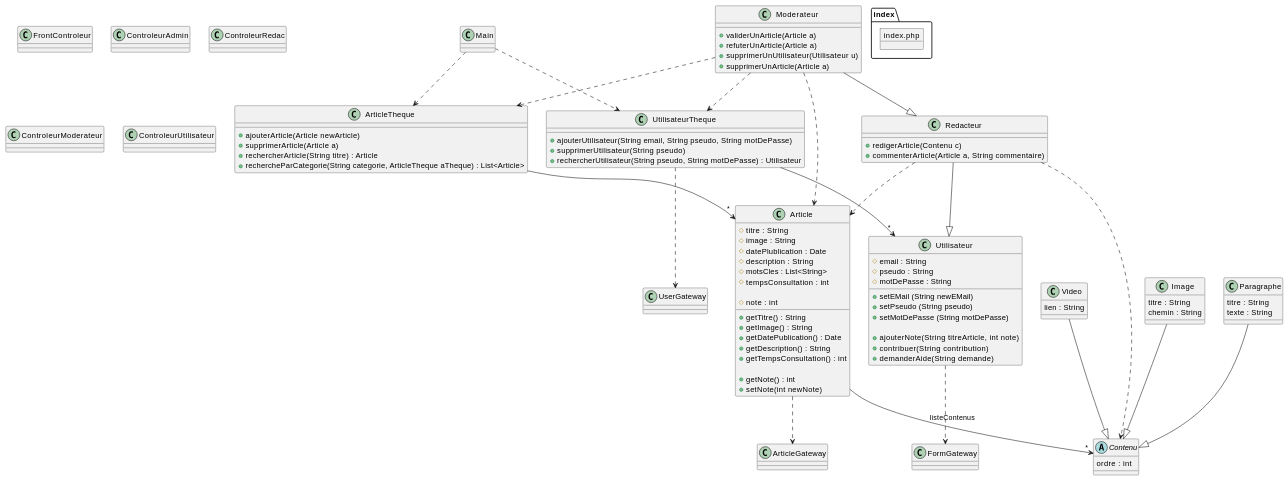
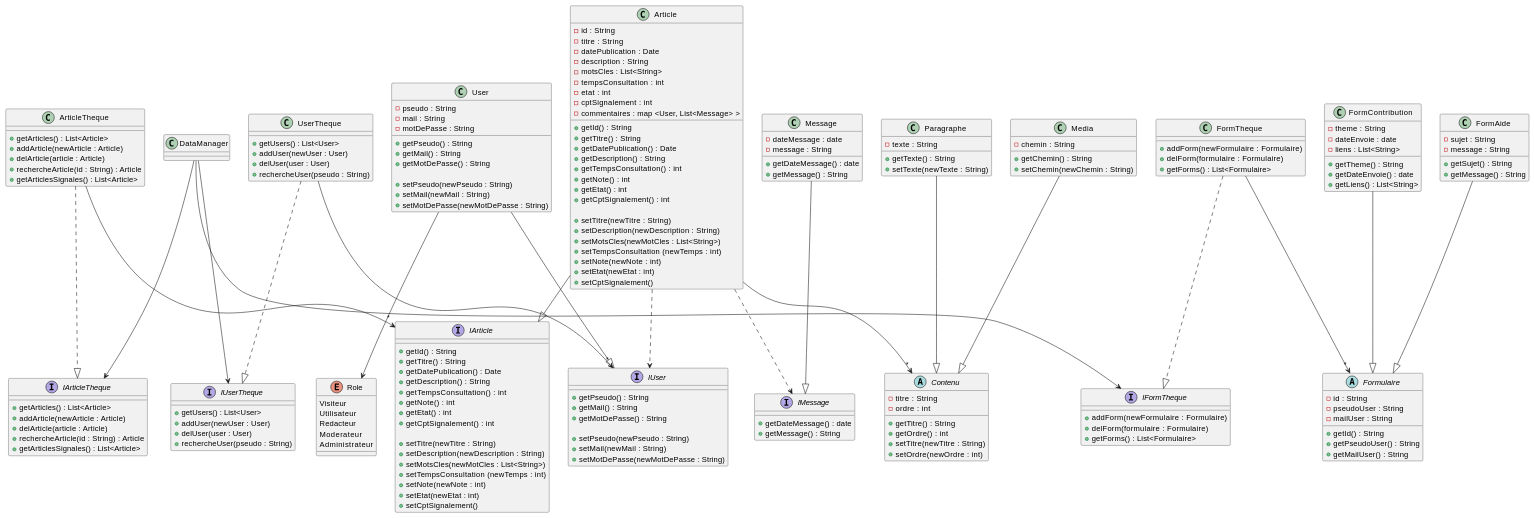
One commit to tonyfgs/Verax changed the diagram in Diagramme/diag2.md. Above: the diagram before and after it, drawn with PlantUML. The commit also changed other lines of this file and 1 other file, not shown here.

Commit message:
Modification du diagramme de classe, j'ai essayé de faire MVC, a voir ce que demande BOUHOURS

````diff
--- a/Diagramme/diag2.md
+++ b/Diagramme/diag2.md
@@ -5,139 +2,209 @@
 ```plantuml
 @startuml
-object index.php
 
-class FrontControleur{
+class ArticleTheque{
 
+    + getArticles() : List<Article>
+    + addArticle(newArticle : Article)
+    + delArticle(article : Article)
+    + rechercheArticle(id : String) : Article
+    + getArticlesSignales() : List<Article>
 }
+interface IArticleTheque{
+    + getArticles() : List<Article>
+    + addArticle(newArticle : Article)
+    + delArticle(article : Article)
+    + rechercheArticle(id : String) : Article
+    + getArticlesSignales() : List<Article>
+}
+class Article{
+    - id : String
+    - titre : String
+    - datePublication : Date
+    - description : String
+    - motsCles : List<String>
+    - tempsConsultation : int
+    - etat : int
+    - cptSignalement : int
+    - commentaires : map <User, List<Message> > 
 
-class ControleurAdmin{
-
-}
-
-class ControleurRedac{
-
-}
-
-class ControleurModerateur{
-
-}
-
-class ControleurUtilisateur{
-
-}
-
-
-
-class Main{
-
-}
-
-class Article{
-    # titre : String
-    # image : String
-    # datePlublication : Date
-    # description : String
-    # motsCles : List<String>
-    # tempsConsultation : int
-
-    # note : int
-
+    + getId() : String
     + getTitre() : String
-    + getImage() : String
     + getDatePublication() : Date
     + getDescription() : String
     + getTempsConsultation() : int
+    + getNote() : int
+    + getEtat() : int
+    + getCptSignalement() : int
 
+    + setTitre(newTitre : String)
+    + setDescription(newDescription : String)
+    + setMotsCles(newMotCles : List<String>)
+    + setTempsConsultation (newTemps : int)
+    + setNote(newNote : int)
+    + setEtat(newEtat : int)
+    + setCptSignalement()
+}
+interface IArticle{
+    + getId() : String
+    + getTitre() : String
+    + getDatePublication() : Date
+    + getDescription() : String
+    + getTempsConsultation() : int
     + getNote() : int
-    + setNote(int newNote)
+    + getEtat() : int
+    + getCptSignalement() : int
 
+    + setTitre(newTitre : String)
+    + setDescription(newDescription : String)
+    + setMotsCles(newMotCles : List<String>)
+    + setTempsConsultation (newTemps : int)
+    + setNote(newNote : int)
+    + setEtat(newEtat : int)
+    + setCptSignalement()
+}
+abstract Contenu{
+    - titre : String
+    - ordre : int
+    
+    + getTitre() : String
+    + getOrdre() : int
+    + setTitre(newTitre : String)
+    + setOrdre(newOrdre : int)
+    
+}
+class Media{
+    - chemin : String
+
+    + getChemin() : String
+    + setChemin(newChemin : String)
+}
+class Paragraphe{
+    - texte : String
+
+    + getTexte() : String
+    + setTexte(newTexte : String)
 }
 
-abstract class Contenu{
-    ordre : int
+class Message{
+    - dateMessage : date
+    - message : String
+
+    + getDateMessage() : date
+    + getMessage() : String
 }
-class Image{
-    titre : String
-    chemin : String
-}
-class Paragraphe{
-    titre : String
-    texte : String
-}
-class Video{
-    lien : String
+interface IMessage{
+    + getDateMessage() : date
+    + getMessage() : String
 }
 
-class ArticleTheque{
+class UserTheque{
+    
+    + getUsers() : List<User>
+    + addUser(newUser : User)
+    + delUser(user : User)
+    + rechercheUser(pseudo : String)
+}
+interface IUserTheque{
+    + getUsers() : List<User>
+    + addUser(newUser : User)
+    + delUser(user : User)
+    + rechercheUser(pseudo : String)
+}
+class User{
+    - pseudo : String
+    - mail : String
+    - motDePasse : String
 
-    + ajouterArticle(Article newArticle)
-    + supprimerArticle(Article a)
-    + rechercherArticle(String titre) : Article
-    + rechercheParCategorie(String categorie, ArticleTheque aTheque) : List<Article>
+    + getPseudo() : String
+    + getMail() : String
+    + getMotDePasse() : String
+
+    + setPseudo(newPseudo : String)
+    + setMail(newMail : String)
+    + setMotDePasse(newMotDePasse : String)
+}
+interface IUser{
+    + getPseudo() : String
+    + getMail() : String
+    + getMotDePasse() : String
+
+    + setPseudo(newPseudo : String)
+    + setMail(newMail : String)
+    + setMotDePasse(newMotDePasse : String)
+}
+enum Role{
+    Visiteur
+    Utilisateur
+    Redacteur
+    Moderateur
+    Administrateur
 }
 
-class Utilisateur{
-    # email : String
-    # pseudo : String
-    # motDePasse : String
+class FormTheque{
+    + addForm(newFormulaire : Formulaire)
+    + delForm(formulaire : Formulaire)
+    + getForms() : List<Formulaire>
+}
+interface IFormTheque{
+    + addForm(newFormulaire : Formulaire)
+    + delForm(formulaire : Formulaire)
+    + getForms() : List<Formulaire>
+}
+abstract Formulaire{
+    - id : String
+    - pseudoUser : String
+    - mailUser : String
 
-    + setEMail (String newEMail)
-    + setPseudo (String pseudo)
-    + setMotDePasse (String motDePasse)
+    + getId() : String
+    + getPseudoUser() : String
+    + getMailUser() : String
+}
+class FormAide{
+    - sujet : String
+    - message : String
 
-    + ajouterNote(String titreArticle, int note)
-    + contribuer(String contribution)
-    + demanderAide(String demande)
+    + getSujet() : String
+    + getMessage() : String
 }
-class UtilisateurTheque{
+class FormContribution{
+    - theme : String
+    - dateEnvoie : date
+    - liens : List<String> 
+
+    + getTheme() : String
+    + getDateEnvoie() : date
+    + getLiens() : List<String>
+}
+
+class DataManager{}
+
+ArticleTheque --> "*" IArticle
+Article --|> IArticle
+Article --> "*" Contenu
+Paragraphe --|> Contenu
+Media --|> Contenu
+Article ..> IMessage
+Message --|> IMessage
+Article ..> IUser
+
+UserTheque --> "*" IUser
+User --|> IUser
+User --> Role
+
+FormTheque --> "*" Formulaire
+FormAide --|> Formulaire
+FormContribution --|> Formulaire
 
 
-    + ajouterUtilisateur(String email, String pseudo, String motDePasse)
-    + supprimerUtilisateur(String pseudo)
-    + rechercherUtilisateur(String pseudo, String motDePasse) : Utilisateur
-}
-
-class Redacteur{
-
-    + redigerArticle(Contenu c)
-    + commenterArticle(Article a, String commentaire)
-}
-
-class Moderateur{
-
-    + validerUnArticle(Article a)
-    + refuterUnArticle(Article a)
-    + supprimerUnUtilisateur(Utilisateur u)
-    + supprimerUnArticle(Article a)
-}
-
-
-ArticleTheque --> "*" Article
-Article --> "*" Contenu : "listeContenus"
-Main ..> ArticleTheque
-
-Paragraphe --|> Contenu
-Image --|> Contenu
-Video --|> Contenu
-
-UtilisateurTheque --> "*" Utilisateur
-UtilisateurTheque ..> UserGateway
-Main ..> UtilisateurTheque
-
-Utilisateur ..> FormGateway
-
-Article ..> ArticleGateway
-
-Redacteur ..> Article
-Redacteur ..> Contenu
-
-Moderateur ..> Article
-Moderateur ..> ArticleTheque
-Moderateur ..> UtilisateurTheque
-
-Redacteur --|> Utilisateur
-Moderateur --|> Redacteur
+ArticleTheque ..|> IArticleTheque
+UserTheque ..|> IUserTheque
+FormTheque ..|> IFormTheque
+DataManager --> IArticleTheque
+DataManager --> IUserTheque
+DataManager --> IFormTheque
 
 
 @enduml
+
 ```
````
